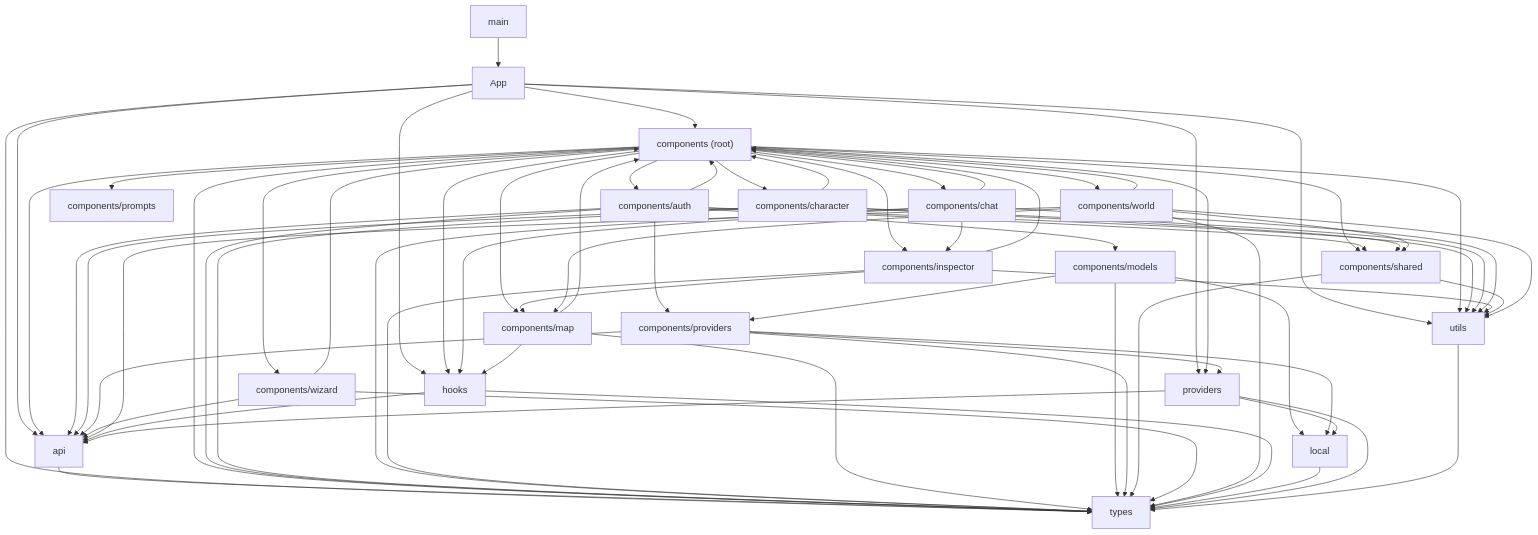
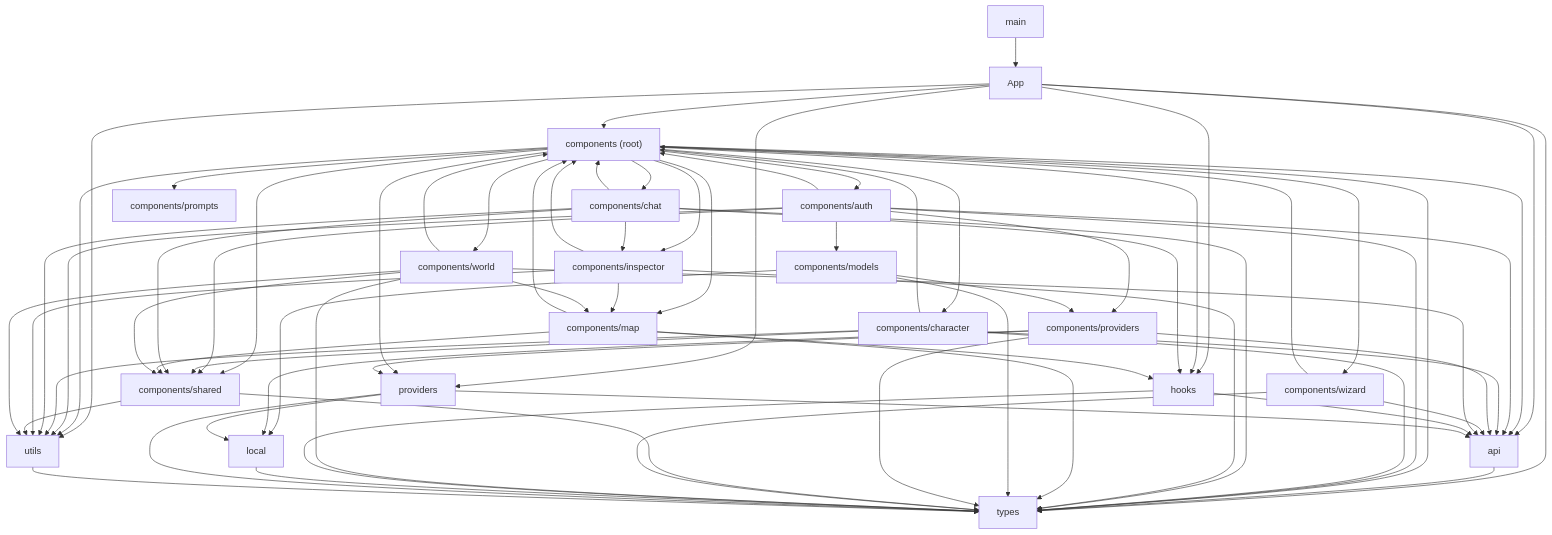
The diagram in docs/architecture/FRONTEND_GRAPH.md (diegolima/CyberCantina), drawn with Mermaid before and after one commit. The commit also changed other lines of this file and 46 other files, not shown here.

```diff
--- a/docs/architecture/FRONTEND_GRAPH.md
+++ b/docs/architecture/FRONTEND_GRAPH.md
@@ -68,6 +68,7 @@
     b_4 --> b_19
     b_5 --> b_2
     b_5 --> b_6
+    b_5 --> b_11
     b_5 --> b_14
     b_5 --> b_18
     b_5 --> b_19
@@ -76,6 +77,7 @@
     b_6 --> b_18
     b_6 --> b_19
     b_7 --> b_2
+    b_7 --> b_11
     b_7 --> b_14
     b_7 --> b_18
     b_8 --> b_10
```
